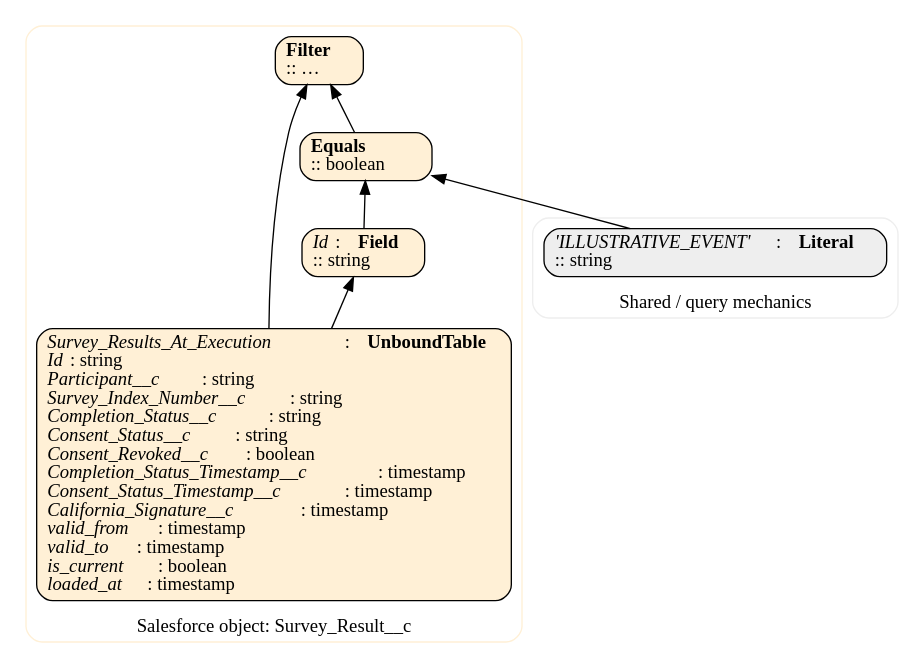
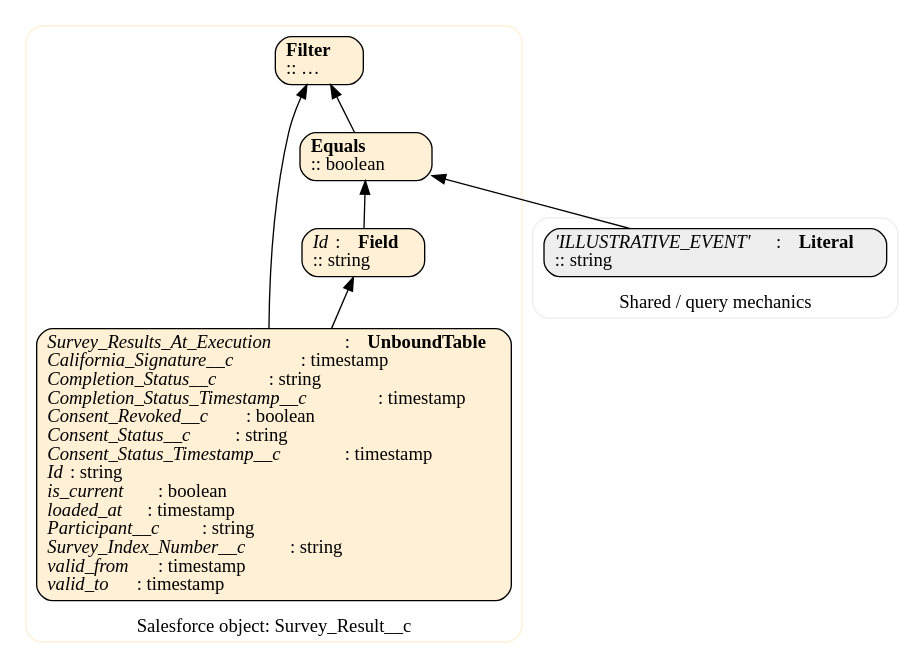
The diagram in docs/suites/account_to_survey_results_flow_Trigger_Survey_Result.dot (mbkranz/ppsc-ops-data-quality), drawn with Graphviz before and after one commit. The commit also changed 88 other files, not shown here.

```diff
--- a/docs/suites/account_to_survey_results_flow_Trigger_Survey_Result.dot
+++ b/docs/suites/account_to_survey_results_flow_Trigger_Survey_Result.dot
@@ -1,26 +1,26 @@
 digraph {
 	node [fontname="Deja Vu Sans Mono" shape=box]
 	edge [fontname="Deja Vu Sans Mono"]
 	rankdir=BT
-	8792470635129697177 [label=<<B>Filter</B><BR ALIGN="LEFT" />:: …<BR ALIGN="LEFT" />> fillcolor="#FFF0D6" group="Salesforce object: Survey_Result__c" style="rounded,filled" tooltip="Parent entity: Salesforce object: Survey_Result__c"]
-	1430339003824494749 [label=<<I>Survey_Results_At_Execution</I>: <B>UnboundTable</B><BR ALIGN="LEFT" /><I>Id</I>: string<BR ALIGN="LEFT" /><I>Participant__c</I>: string<BR ALIGN="LEFT" /><I>Survey_Index_Number__c</I>: string<BR ALIGN="LEFT" /><I>Completion_Status__c</I>: string<BR ALIGN="LEFT" /><I>Consent_Status__c</I>: string<BR ALIGN="LEFT" /><I>Consent_Revoked__c</I>: boolean<BR ALIGN="LEFT" /><I>Completion_Status_Timestamp__c</I>: timestamp<BR ALIGN="LEFT" /><I>Consent_Status_Timestamp__c</I>: timestamp<BR ALIGN="LEFT" /><I>California_Signature__c</I>: timestamp<BR ALIGN="LEFT" /><I>valid_from</I>: timestamp<BR ALIGN="LEFT" /><I>valid_to</I>: timestamp<BR ALIGN="LEFT" /><I>is_current</I>: boolean<BR ALIGN="LEFT" /><I>loaded_at</I>: timestamp<BR ALIGN="LEFT" />> fillcolor="#FFF0D6" group="Salesforce object: Survey_Result__c" style="rounded,filled" tooltip="Parent entity: Salesforce object: Survey_Result__c"]
-	1430339003824494749 -> 8792470635129697177
-	3830765423224135311 [label=<<B>Equals</B><BR ALIGN="LEFT" />:: boolean<BR ALIGN="LEFT" />> fillcolor="#FFF0D6" group="Salesforce object: Survey_Result__c" style="rounded,filled" tooltip="Parent entity: Salesforce object: Survey_Result__c"]
-	3830765423224135311 -> 8792470635129697177
-	-2573220386754489014 [label=<<I>Id</I>: <B>Field</B><BR ALIGN="LEFT" />:: string<BR ALIGN="LEFT" />> fillcolor="#FFF0D6" group="Salesforce object: Survey_Result__c" style="rounded,filled" tooltip="Parent entity: Salesforce object: Survey_Result__c"]
-	-2573220386754489014 -> 3830765423224135311
-	-1730644281461912683 [label=<<I>&#x27;ILLUSTRATIVE_EVENT&#x27;</I>: <B>Literal</B><BR ALIGN="LEFT" />:: string<BR ALIGN="LEFT" />> fillcolor="#EEEEEE" group="Shared / query mechanics" style="rounded,filled" tooltip="Parent entity: Shared / query mechanics"]
-	-1730644281461912683 -> 3830765423224135311
-	1430339003824494749 -> -2573220386754489014
+	-147847503843992661 [label=<<B>Filter</B><BR ALIGN="LEFT" />:: …<BR ALIGN="LEFT" />> fillcolor="#FFF0D6" group="Salesforce object: Survey_Result__c" style="rounded,filled" tooltip="Parent entity: Salesforce object: Survey_Result__c"]
+	-3362950828659496582 [label=<<I>Survey_Results_At_Execution</I>: <B>UnboundTable</B><BR ALIGN="LEFT" /><I>California_Signature__c</I>: timestamp<BR ALIGN="LEFT" /><I>Completion_Status__c</I>: string<BR ALIGN="LEFT" /><I>Completion_Status_Timestamp__c</I>: timestamp<BR ALIGN="LEFT" /><I>Consent_Revoked__c</I>: boolean<BR ALIGN="LEFT" /><I>Consent_Status__c</I>: string<BR ALIGN="LEFT" /><I>Consent_Status_Timestamp__c</I>: timestamp<BR ALIGN="LEFT" /><I>Id</I>: string<BR ALIGN="LEFT" /><I>is_current</I>: boolean<BR ALIGN="LEFT" /><I>loaded_at</I>: timestamp<BR ALIGN="LEFT" /><I>Participant__c</I>: string<BR ALIGN="LEFT" /><I>Survey_Index_Number__c</I>: string<BR ALIGN="LEFT" /><I>valid_from</I>: timestamp<BR ALIGN="LEFT" /><I>valid_to</I>: timestamp<BR ALIGN="LEFT" />> fillcolor="#FFF0D6" group="Salesforce object: Survey_Result__c" style="rounded,filled" tooltip="Parent entity: Salesforce object: Survey_Result__c"]
+	-3362950828659496582 -> -147847503843992661
+	4606532274637647631 [label=<<B>Equals</B><BR ALIGN="LEFT" />:: boolean<BR ALIGN="LEFT" />> fillcolor="#FFF0D6" group="Salesforce object: Survey_Result__c" style="rounded,filled" tooltip="Parent entity: Salesforce object: Survey_Result__c"]
+	4606532274637647631 -> -147847503843992661
+	6907565987300312920 [label=<<I>Id</I>: <B>Field</B><BR ALIGN="LEFT" />:: string<BR ALIGN="LEFT" />> fillcolor="#FFF0D6" group="Salesforce object: Survey_Result__c" style="rounded,filled" tooltip="Parent entity: Salesforce object: Survey_Result__c"]
+	6907565987300312920 -> 4606532274637647631
+	6571138541921786153 [label=<<I>&#x27;ILLUSTRATIVE_EVENT&#x27;</I>: <B>Literal</B><BR ALIGN="LEFT" />:: string<BR ALIGN="LEFT" />> fillcolor="#EEEEEE" group="Shared / query mechanics" style="rounded,filled" tooltip="Parent entity: Shared / query mechanics"]
+	6571138541921786153 -> 4606532274637647631
+	-3362950828659496582 -> 6907565987300312920
 	subgraph cluster_parent_0 {
 		color="#FFF0D6" label="Salesforce object: Survey_Result__c" style=rounded
-		8792470635129697177
-		1430339003824494749
-		3830765423224135311
-		-2573220386754489014
+		-147847503843992661
+		-3362950828659496582
+		4606532274637647631
+		6907565987300312920
 	}
 	subgraph cluster_parent_1 {
 		color="#EEEEEE" label="Shared / query mechanics" style=rounded
-		-1730644281461912683
+		6571138541921786153
 	}
 }
```
